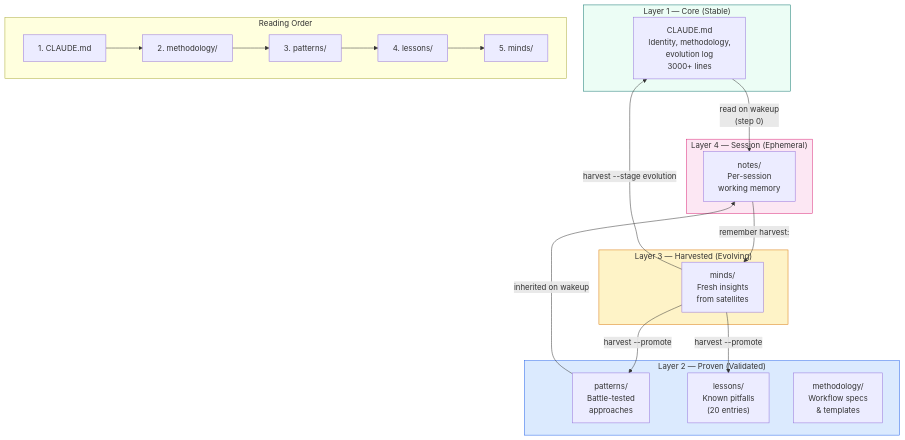
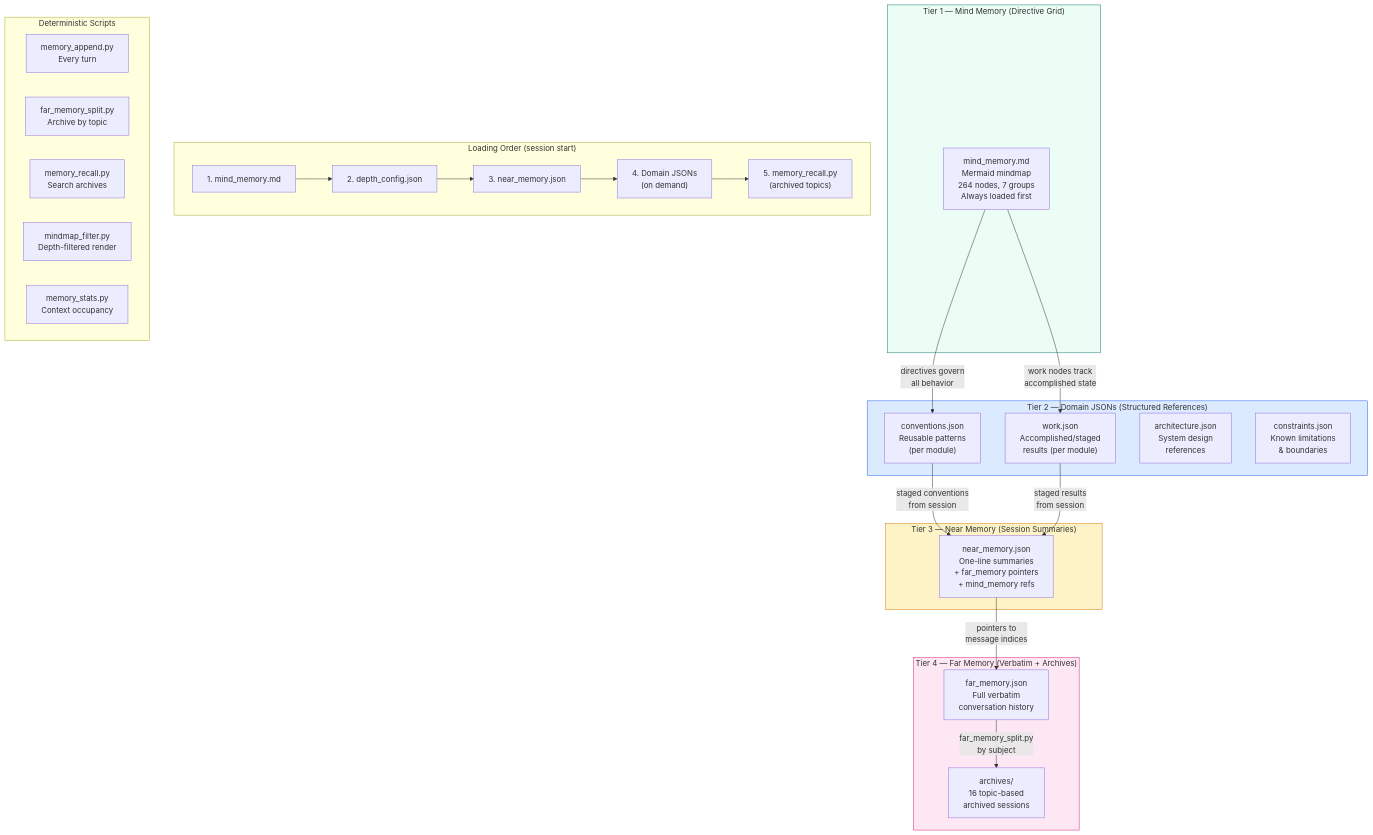
One commit to packetqc/K_DOCS changed the second of 4 diagrams in docs/fr/publications/architecture-diagrams/index.md. Above: the diagram before and after it, drawn with Mermaid. The commit also changed other lines of this file and 4 other files, not shown here.

First line of the commit message:
feat: rewrite all 14 architecture diagrams for Knowledge 2.0

````diff
--- a/docs/fr/publications/architecture-diagrams/index.md
+++ b/docs/fr/publications/architecture-diagrams/index.md
@@ -99,38 +104,48 @@
 ```mermaid
 graph TB
-    subgraph Layer1["Layer 1 — Core (Stable)"]
-        style Layer1 fill:#ecfdf5,stroke:#0f766e
-        CM["CLAUDE.md<br/>Identity, methodology,<br/>evolution log<br/>3000+ lines"]
+    subgraph Tier1["Tier 1 — Mind Memory (Directive Grid)"]
+        style Tier1 fill:#ecfdf5,stroke:#0f766e
+        MM["mind_memory.md<br/>Mermaid mindmap<br/>264 nodes, 7 groups<br/>Always loaded first"]
     end
 
-    subgraph Layer2["Layer 2 — Proven (Validated)"]
-        style Layer2 fill:#dbeafe,stroke:#2563eb
-        PAT["patterns/<br/>Battle-tested<br/>approaches"]
-        LES["lessons/<br/>Known pitfalls<br/>(20 entries)"]
-        MET["methodology/<br/>Workflow specs<br/>& templates"]
+    subgraph Tier2["Tier 2 — Domain JSONs (Structured References)"]
+        style Tier2 fill:#dbeafe,stroke:#2563eb
+        CONV["conventions.json<br/>Reusable patterns<br/>(per module)"]
+        WORK["work.json<br/>Accomplished/staged<br/>results (per module)"]
+        ARCH["architecture.json<br/>System design<br/>references"]
+        CONST["constraints.json<br/>Known limitations<br/>& boundaries"]
     end
 
-    subgraph Layer3["Layer 3 — Harvested (Evolving)"]
-        style Layer3 fill:#fef3c7,stroke:#d97706
-        MIN["minds/<br/>Fresh insights<br/>from satellites"]
+    subgraph Tier3["Tier 3 — Near Memory (Session Summaries)"]
+        style Tier3 fill:#fef3c7,stroke:#d97706
+        NEAR["near_memory.json<br/>One-line summaries<br/>+ far_memory pointers<br/>+ mind_memory refs"]
     end
 
-    subgraph Layer4["Layer 4 — Session (Ephemeral)"]
-        style Layer4 fill:#fce7f3,stroke:#db2777
-        NOT["notes/<br/>Per-session<br/>working memory"]
+    subgraph Tier4["Tier 4 — Far Memory (Verbatim + Archives)"]
+        style Tier4 fill:#fce7f3,stroke:#db2777
+        FAR["far_memory.json<br/>Full verbatim<br/>conversation history"]
+        ARCHIVES["archives/<br/>16 topic-based<br/>archived sessions"]
     end
 
-    NOT -->|"remember harvest:"| MIN
-    MIN -->|"harvest --promote"| PAT
-    MIN -->|"harvest --promote"| LES
-    MIN -->|"harvest --stage evolution"| CM
-    PAT -->|"inherited on wakeup"| NOT
-    CM -->|"read on wakeup<br/>(step 0)"| NOT
+    MM -->|"directives govern<br/>all behavior"| CONV
+    MM -->|"work nodes track<br/>accomplished state"| WORK
+    NEAR -->|"pointers to<br/>message indices"| FAR
+    FAR -->|"far_memory_split.py<br/>by subject"| ARCHIVES
+    CONV -->|"staged conventions<br/>from session"| NEAR
+    WORK -->|"staged results<br/>from session"| NEAR
 
-    subgraph ReadOrder["Reading Order"]
-        R1["1. CLAUDE.md"] --> R2["2. methodology/"]
-        R2 --> R3["3. patterns/"]
-        R3 --> R4["4. lessons/"]
-        R4 --> R5["5. minds/"]
+    subgraph ReadOrder["Loading Order (session start)"]
+        R1["1. mind_memory.md"] --> R2["2. depth_config.json"]
+        R2 --> R3["3. near_memory.json"]
+        R3 --> R4["4. Domain JSONs<br/>(on demand)"]
+        R4 --> R5["5. memory_recall.py<br/>(archived topics)"]
+    end
+
+    subgraph Scripts["Deterministic Scripts"]
+        S1["memory_append.py<br/>Every turn"]
+        S2["far_memory_split.py<br/>Archive by topic"]
+        S3["memory_recall.py<br/>Search archives"]
+        S4["mindmap_filter.py<br/>Depth-filtered render"]
+        S5["memory_stats.py<br/>Context occupancy"]
     end
 ```
````
